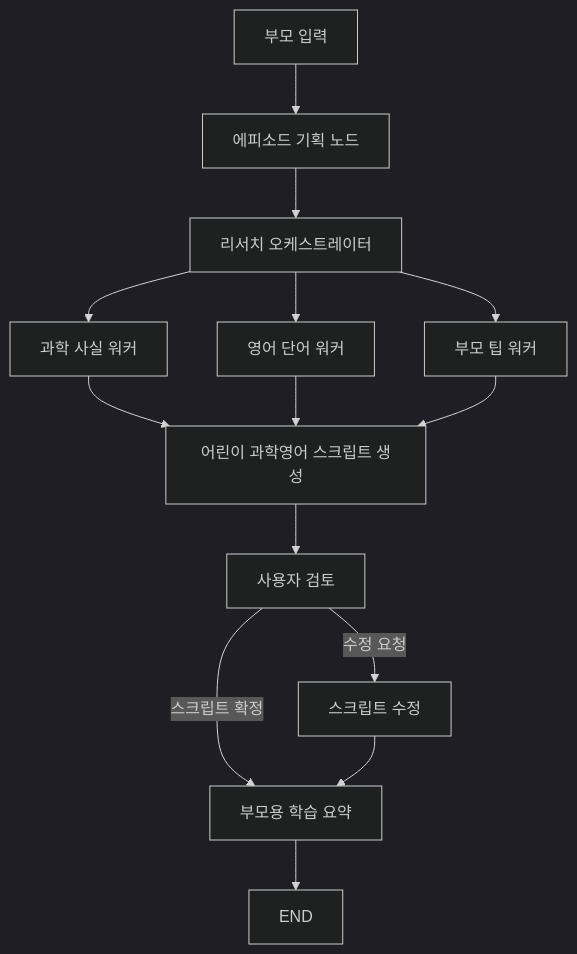
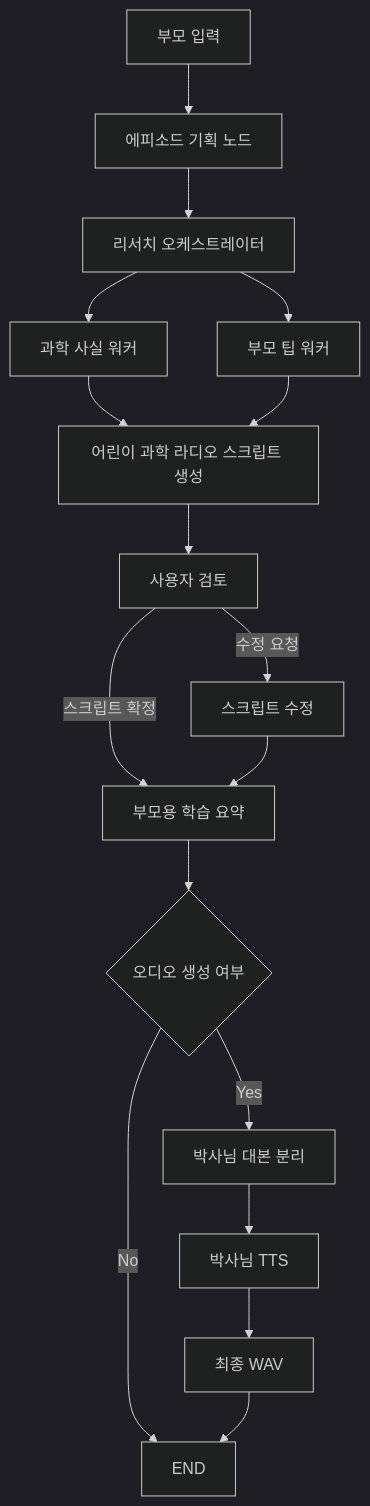
The diagram in README.md (hesshess/little-science-pod), drawn with Mermaid (dark theme) before and after one commit. The commit also changed other lines of this file and 11 other files, not shown here.

````diff
--- a/README.md
+++ b/README.md
@@ -18,16 +17,19 @@
 ```mermaid
 graph TD
     A[부모 입력] --> B[에피소드 기획 노드]
     B --> C[리서치 오케스트레이터]
     C --> D1[과학 사실 워커]
-    C --> D2[영어 단어 워커]
-    C --> D3[부모 팁 워커]
-    D1 --> E[어린이 과학영어 스크립트 생성]
+    C --> D2[부모 팁 워커]
+    D1 --> E[어린이 과학 라디오 스크립트 생성]
     D2 --> E
-    D3 --> E
     E --> F[사용자 검토]
     F -->|스크립트 확정| G[부모용 학습 요약]
     F -->|수정 요청| H[스크립트 수정]
     H --> G
-    G --> I[END]
+    G --> I{오디오 생성 여부}
+    I -->|Yes| J[박사님 대본 분리]
+    J --> K[박사님 TTS]
+    K --> L[최종 WAV]
+    I -->|No| M[END]
+    L --> M
 ```
````
